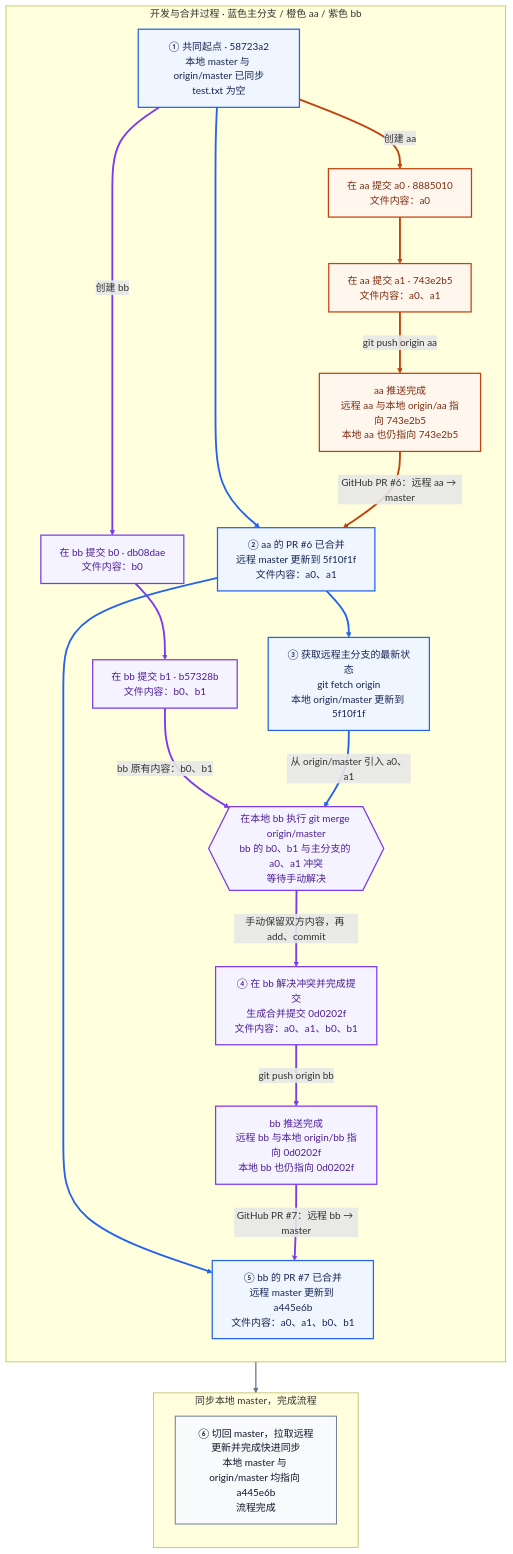
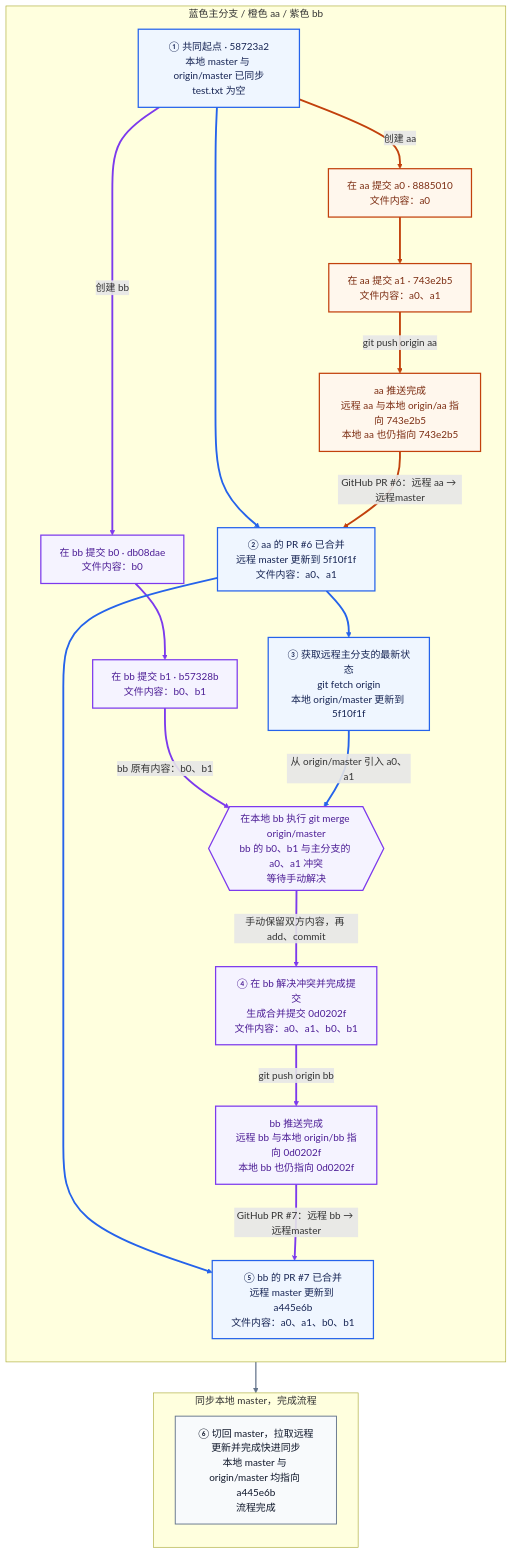
One commit to dcdmm/Script changed the diagram in git-team-workflow.md. Above: the diagram before and after it, drawn with Mermaid. The commit also changed 1 other file, not shown here.

Commit message:
完善

````diff
--- a/git-team-workflow.md
+++ b/git-team-workflow.md
@@ -1,56 +1,56 @@
 ```mermaid
 flowchart TD
-    subgraph HISTORY["开发与合并过程 · 蓝色主分支 / 橙色 aa / 紫色 bb"]
+    subgraph HISTORY["蓝色主分支 / 橙色 aa / 紫色 bb"]
         direction TD
 
         O["① 共同起点 · 58723a2<br/>本地 master 与 origin/master 已同步<br/>test.txt 为空"]
         A0["在 aa 提交 a0 · 8885010<br/>文件内容：a0"]
         A1["在 aa 提交 a1 · 743e2b5<br/>文件内容：a0、a1"]
         RA["aa 推送完成<br/>远程 aa 与本地 origin/aa 指向 743e2b5<br/>本地 aa 也仍指向 743e2b5"]
         B0["在 bb 提交 b0 · db08dae<br/>文件内容：b0"]
         B1["在 bb 提交 b1 · b57328b<br/>文件内容：b0、b1"]
         P6["② aa 的 PR #6 已合并<br/>远程 master 更新到 5f10f1f<br/>文件内容：a0、a1"]
         FM["③ 获取远程主分支的最新状态<br/>git fetch origin<br/>本地 origin/master 更新到 5f10f1f"]
         X{{"在本地 bb 执行 git merge origin/master<br/>bb 的 b0、b1 与主分支的 a0、a1 冲突<br/>等待手动解决"}}
         M["④ 在 bb 解决冲突并完成提交<br/>生成合并提交 0d0202f<br/>文件内容：a0、a1、b0、b1"]
         RB["bb 推送完成<br/>远程 bb 与本地 origin/bb 指向 0d0202f<br/>本地 bb 也仍指向 0d0202f"]
         P7["⑤ bb 的 PR #7 已合并<br/>远程 master 更新到 a445e6b<br/>文件内容：a0、a1、b0、b1"]
 
         O -->|"创建 aa"| A0
         A0 --> A1
         A1 -->|"git push origin aa"| RA
         O -->|"创建 bb"| B0
         B0 --> B1
         O --> P6
-        RA -->|"GitHub PR #6：远程 aa → master"| P6
+        RA -->|"GitHub PR #6：远程 aa → 远程master"| P6
         P6 --> FM
         B1 -->|"bb 原有内容：b0、b1"| X
         FM -->|"从 origin/master 引入 a0、a1"| X
         X -->|"手动保留双方内容，再 add、commit"| M
         M -->|"git push origin bb"| RB
         P6 --> P7
-        RB -->|"GitHub PR #7：远程 bb → master"| P7
+        RB -->|"GitHub PR #7：远程 bb → 远程master"| P7
     end
 
     subgraph FINISH["同步本地 master，完成流程"]
         direction TD
         S["⑥ 切回 master，拉取远程更新并完成快进同步<br/>本地 master 与 origin/master 均指向 a445e6b<br/>流程完成"]
     end
 
     P7 --> S
 
     classDef mainNode fill:#eff6ff,stroke:#2563eb,color:#172554,stroke-width:2px;
     classDef aaNode fill:#fff7ed,stroke:#c2410c,color:#7c2d12,stroke-width:2px;
     classDef bbNode fill:#f5f3ff,stroke:#7c3aed,color:#4c1d95,stroke-width:2px;
     classDef actionNode fill:#f8fafc,stroke:#64748b,color:#0f172a,stroke-width:1.5px;
 
     class O,P6,FM,P7 mainNode;
     class A0,A1,RA aaNode;
     class B0,B1,X,M,RB bbNode;
     class S actionNode;
 
     linkStyle 0,1,2,6 stroke:#c2410c,stroke-width:3px;
     linkStyle 3,4,8,10,11,13 stroke:#7c3aed,stroke-width:3px;
     linkStyle 5,7,9,12 stroke:#2563eb,stroke-width:3px;
     linkStyle 14 stroke:#64748b,stroke-width:2px;
 ```
````
